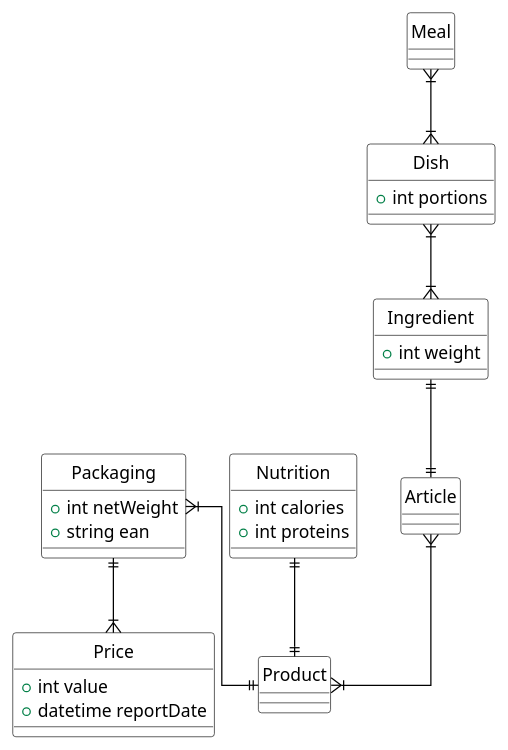
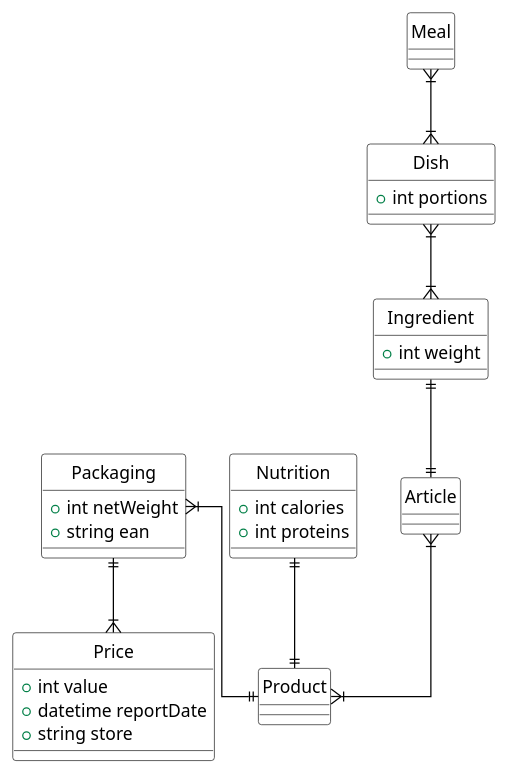
One commit to lburzak/flexeat changed the diagram in erd.puml. Above: the diagram before and after it, drawn with PlantUML. The commit also changed 5 other files, not shown here.

```diff
--- a/erd.puml
+++ b/erd.puml
@@ -1,42 +1,48 @@
 @startuml flexeat-erd
 skinparam linetype ortho
   skinparam packageStyle rectangle
   skinparam shadowing false
   skinparam class {
     BackgroundColor White
     BorderColor Black
     ArrowColor Black
   }
   hide circle
+
   class Price {
     + int value
     + datetime reportDate
+    + string store
   }
+
   class Packaging {
     + int netWeight
     + string ean
   }
+
   class Nutrition {
     + int calories
     + int proteins
   }
+
   class Ingredient {
     + int weight
   }
+
   class Dish {
     + int portions
   }
 
   Dish }|--|{ Ingredient
   Ingredient ||--|| Article
   Packaging ||--|{ Price
   Article }|--|{ Product
   Nutrition ||--|| Product
   Packaging }|--|| Product
   Meal }|--|{ Dish
   ' packaging = ingredient.article.product.packaging
   ' packagingPricePerGram = packaging.price.value / packaging.netWeight
   ' ingredientPrice = packagingPricePerGram * ingredient.weight
   ' portionPrice = ingredients.prices.sum / dish.portions
   '
 @enduml
```
